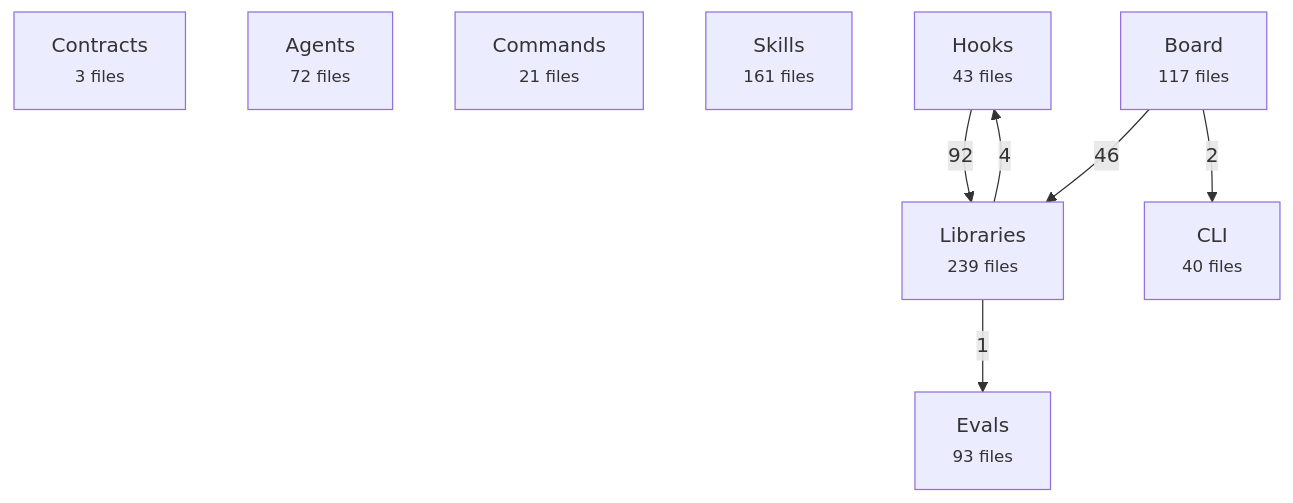
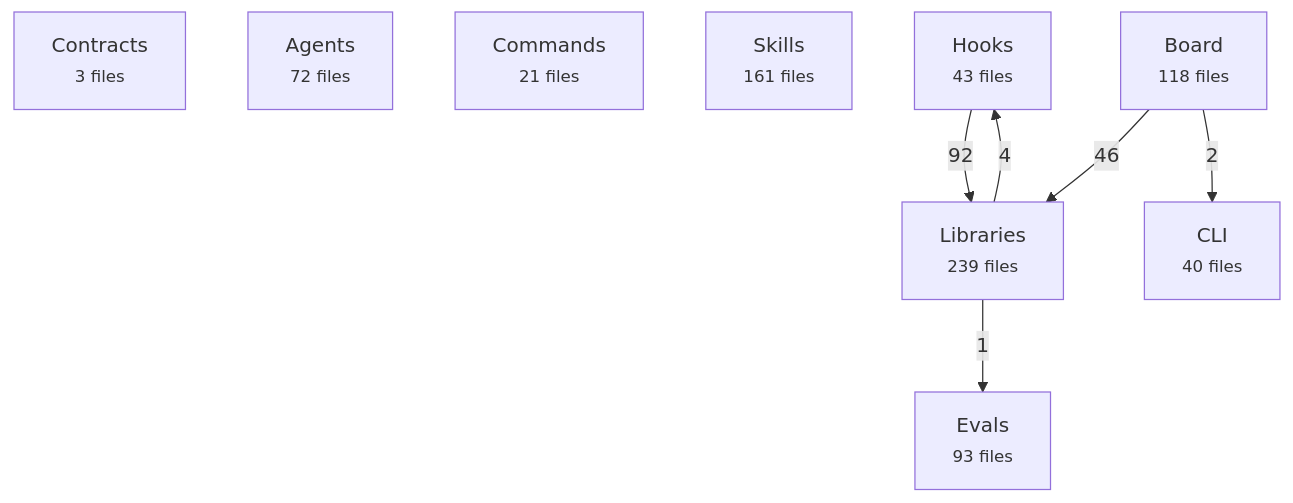
One commit to avelikiy/great_cto changed the first of 2 diagrams in docs/reference/architecture-map.md. Above: the diagram before and after it, drawn with Mermaid. The commit also changed other lines of this file and 7 other files, not shown here.

````diff
--- a/docs/reference/architecture-map.md
+++ b/docs/reference/architecture-map.md
@@ -20,17 +20,17 @@
 ```mermaid
 flowchart TD
   contracts["Contracts<br/><small>3 files</small>"]
   agents["Agents<br/><small>72 files</small>"]
   commands["Commands<br/><small>21 files</small>"]
   skills["Skills<br/><small>161 files</small>"]
   hooks["Hooks<br/><small>43 files</small>"]
   libs["Libraries<br/><small>239 files</small>"]
-  board["Board<br/><small>117 files</small>"]
+  board["Board<br/><small>118 files</small>"]
   cli["CLI<br/><small>40 files</small>"]
   evals["Evals<br/><small>93 files</small>"]
   hooks -->|92| libs
   board -->|46| libs
   libs -->|4| hooks
   board -->|2| cli
   libs -->|1| evals
 ```
````
